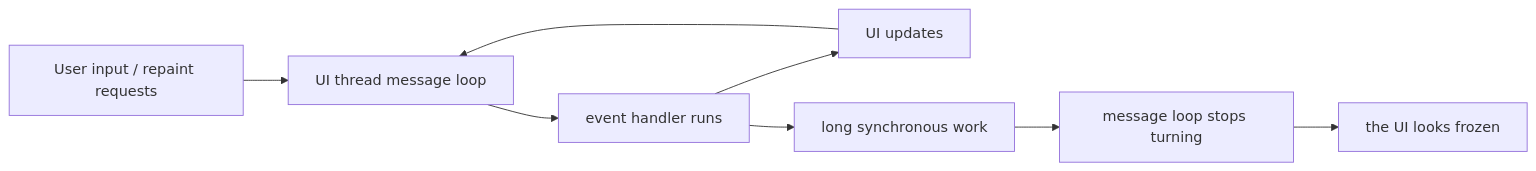
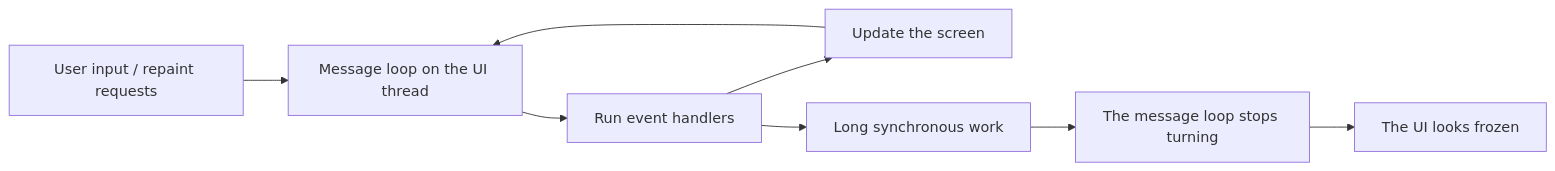
Before and after one commit to gomurin0428/KomuraSoftWeb: the second of 8 diagrams in _posts/2026-03-12-000-wpf-winforms-ui-thread-async-await-one-sheet-en.md, drawn with Mermaid. The commit also changed other lines of this file and 3 other files, not shown here.

````diff
--- a/_posts/2026-03-12-000-wpf-winforms-ui-thread-async-await-one-sheet-en.md
+++ b/_posts/2026-03-12-000-wpf-winforms-ui-thread-async-await-one-sheet-en.md
@@ -149,11 +146,11 @@
 ```mermaid
 flowchart LR
-    A["User input / repaint requests"] --> B["UI thread message loop"]
-    B --> C["event handler runs"]
-    C --> D["UI updates"]
+    A["User input / repaint requests"] --> B["Message loop on the UI thread"]
+    B --> C["Run event handlers"]
+    C --> D["Update the screen"]
     D --> B
 
-    C --> E["long synchronous work"]
-    E --> F["message loop stops turning"]
-    F --> G["the UI looks frozen"]
+    C --> E["Long synchronous work"]
+    E --> F["The message loop stops turning"]
+    F --> G["The UI looks frozen"]
 ```
````
